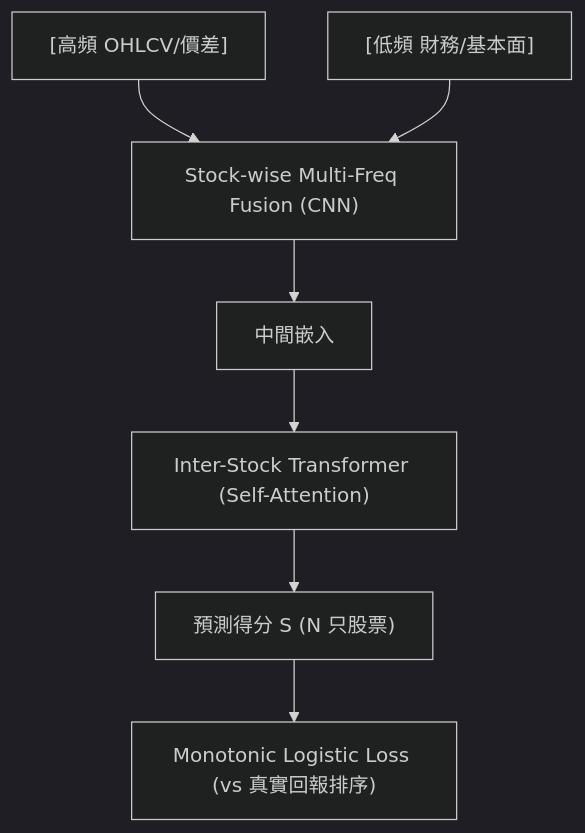
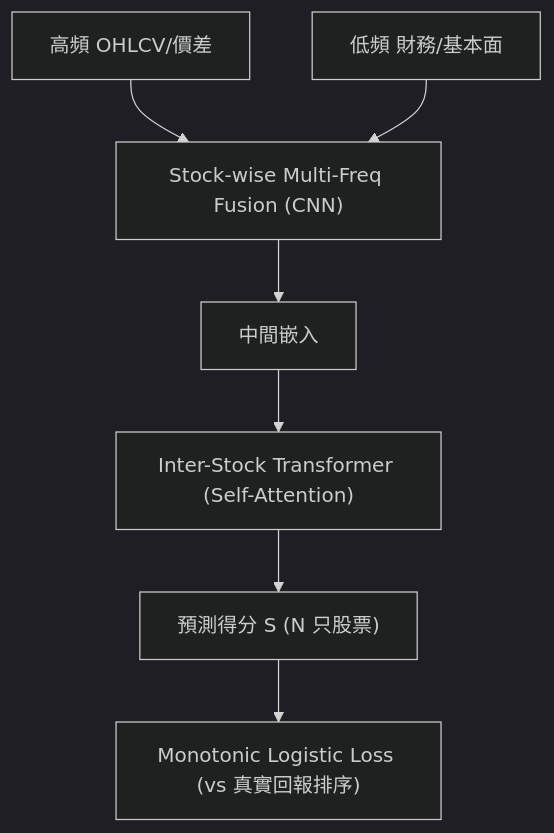
The diagram in foundations/portfolio-optimization/dspo.md (sou350121/Trading-Handbook), drawn with Mermaid (dark theme) before and after one commit. The commit also changed 191 other files, not shown here.

First line of the commit message:
render: fix math + mermaid for GitHub across the corpus (188 pages)

````diff
--- a/foundations/portfolio-optimization/dspo.md
+++ b/foundations/portfolio-optimization/dspo.md
@@ -30,9 +30,9 @@
 ```mermaid
 flowchart TD
-    A["[高頻 OHLCV/價差]"] --> C["Stock-wise Multi-Freq Fusion (CNN)"]
-    B["[低頻 財務/基本面]"] --> C["Stock-wise Multi-Freq Fusion (CNN)"]
+    A["高頻 OHLCV/價差"] --> C["Stock-wise Multi-Freq Fusion (CNN)"]
+    B["低頻 財務/基本面"] --> C["Stock-wise Multi-Freq Fusion (CNN)"]
     C["Stock-wise Multi-Freq Fusion (CNN)"] --> D["中間嵌入"]
     D["中間嵌入"] --> E["Inter-Stock Transformer (Self-Attention)"]
     E["Inter-Stock Transformer (Self-Attention)"] --> F["預測得分 S (N 只股票)"]
     F["預測得分 S (N 只股票)"] --> G["Monotonic Logistic Loss (vs 真實回報排序)"]
 ```
````
